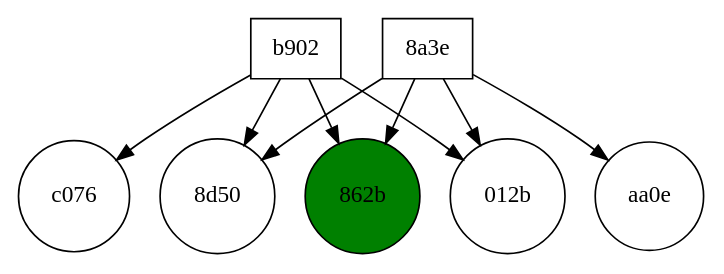
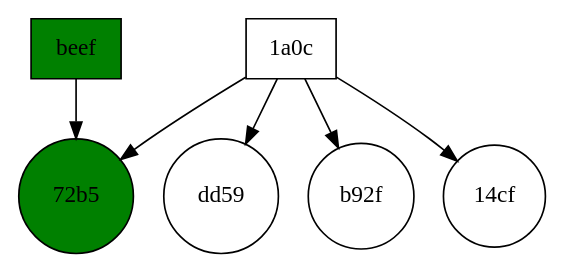
One commit to ziyadalrasbi/F20SC-CW2 changed the diagram in doctest-output/visitor.gv. Above: the diagram before and after it, drawn with Graphviz. The commit also changed 1 other file, not shown here.

```diff
--- a/doctest-output/visitor.gv
+++ b/doctest-output/visitor.gv
@@ -1,32 +1,19 @@
 digraph visitor {
 	graph [rank=min]
 	node [shape=rectangle]
-	"3c01241d5c3a8a3e" [label="8a3e" fillcolor=white shape=rectangle style=filled]
-	"3c01241d5c3a8a3e" -> "140310171202-000000002e5a8ff1f577548fec708d50"
-	"3c01241d5c3a8a3e" -> "140310170010-0000000067dc80801f1df696ae52862b"
-	"3c01241d5c3a8a3e" -> "140310165657-0000000068d21bb99dec3ad6ee60aa0e"
-	"3c01241d5c3a8a3e" -> "140310171030-000000008b8d98e95ac0797e7fdb012b"
-	"4065369dbee2b902" [label=b902 fillcolor=white shape=rectangle style=filled]
-	"4065369dbee2b902" -> "140310171202-000000002e5a8ff1f577548fec708d50"
-	"4065369dbee2b902" -> "140310171114-00000000950ae9deb4faca996b0ec076"
-	"4065369dbee2b902" -> "140310170010-0000000067dc80801f1df696ae52862b"
-	"4065369dbee2b902" -> "140310171030-000000008b8d98e95ac0797e7fdb012b"
+	"4108dc09bfe11a0c" [label="1a0c" fillcolor=white shape=rectangle style=filled]
+	"4108dc09bfe11a0c" -> "100405170355-00000000ee4bfd24d2ff703b9147dd59"
+	"4108dc09bfe11a0c" -> "100806162735-00000000115598650cb8b514246272b5"
+	"4108dc09bfe11a0c" -> "100806172045-0000000081705fbea3553bd0d745b92f"
+	"4108dc09bfe11a0c" -> "101122221951-00000000a695c340822e61891c8f14cf"
+	"00000000deadbeef" [label=beef fillcolor=green shape=rectangle style=filled]
+	"00000000deadbeef" -> "100806162735-00000000115598650cb8b514246272b5"
 	subgraph document {
 		graph [rank=max]
 		node [shape=circle]
-		"140310165657-0000000068d21bb99dec3ad6ee60aa0e" [label=aa0e fillcolor=white shape=circle style=filled]
-		"140310170010-0000000067dc80801f1df696ae52862b" [label="862b" fillcolor=green shape=circle style=filled]
-		"140310170010-0000000067dc80801f1df696ae52862b" [label="862b" fillcolor=green shape=circle style=filled]
-		"140310171030-000000008b8d98e95ac0797e7fdb012b" [label="012b" fillcolor=white shape=circle style=filled]
-		"140310171030-000000008b8d98e95ac0797e7fdb012b" [label="012b" fillcolor=white shape=circle style=filled]
-		"140310171114-00000000950ae9deb4faca996b0ec076" [label=c076 fillcolor=white shape=circle style=filled]
-		"140310171202-000000002e5a8ff1f577548fec708d50" [label="8d50" fillcolor=white shape=circle style=filled]
-		"140310171202-000000002e5a8ff1f577548fec708d50" [label="8d50" fillcolor=white shape=circle style=filled]
-		"140310171202-000000002e5a8ff1f577548fec708d50" [label="8d50" fillcolor=white shape=circle style=filled]
-		"140310165657-0000000068d21bb99dec3ad6ee60aa0e" [label=aa0e fillcolor=white shape=circle style=filled]
-		"140310171030-000000008b8d98e95ac0797e7fdb012b" [label="012b" fillcolor=white shape=circle style=filled]
-		"140310171202-000000002e5a8ff1f577548fec708d50" [label="8d50" fillcolor=white shape=circle style=filled]
-		"140310171114-00000000950ae9deb4faca996b0ec076" [label=c076 fillcolor=white shape=circle style=filled]
-		"140310171030-000000008b8d98e95ac0797e7fdb012b" [label="012b" fillcolor=white shape=circle style=filled]
+		"100806162735-00000000115598650cb8b514246272b5" [label="72b5" fillcolor=green shape=circle style=filled]
+		"100405170355-00000000ee4bfd24d2ff703b9147dd59" [label=dd59 fillcolor=white shape=circle style=filled]
+		"100806172045-0000000081705fbea3553bd0d745b92f" [label=b92f fillcolor=white shape=circle style=filled]
+		"101122221951-00000000a695c340822e61891c8f14cf" [label="14cf" fillcolor=white shape=circle style=filled]
 	}
 }
```
